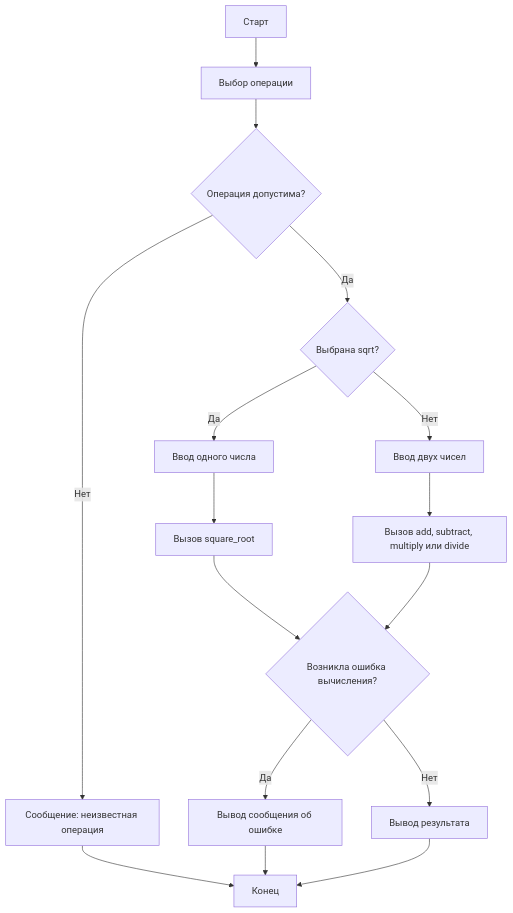
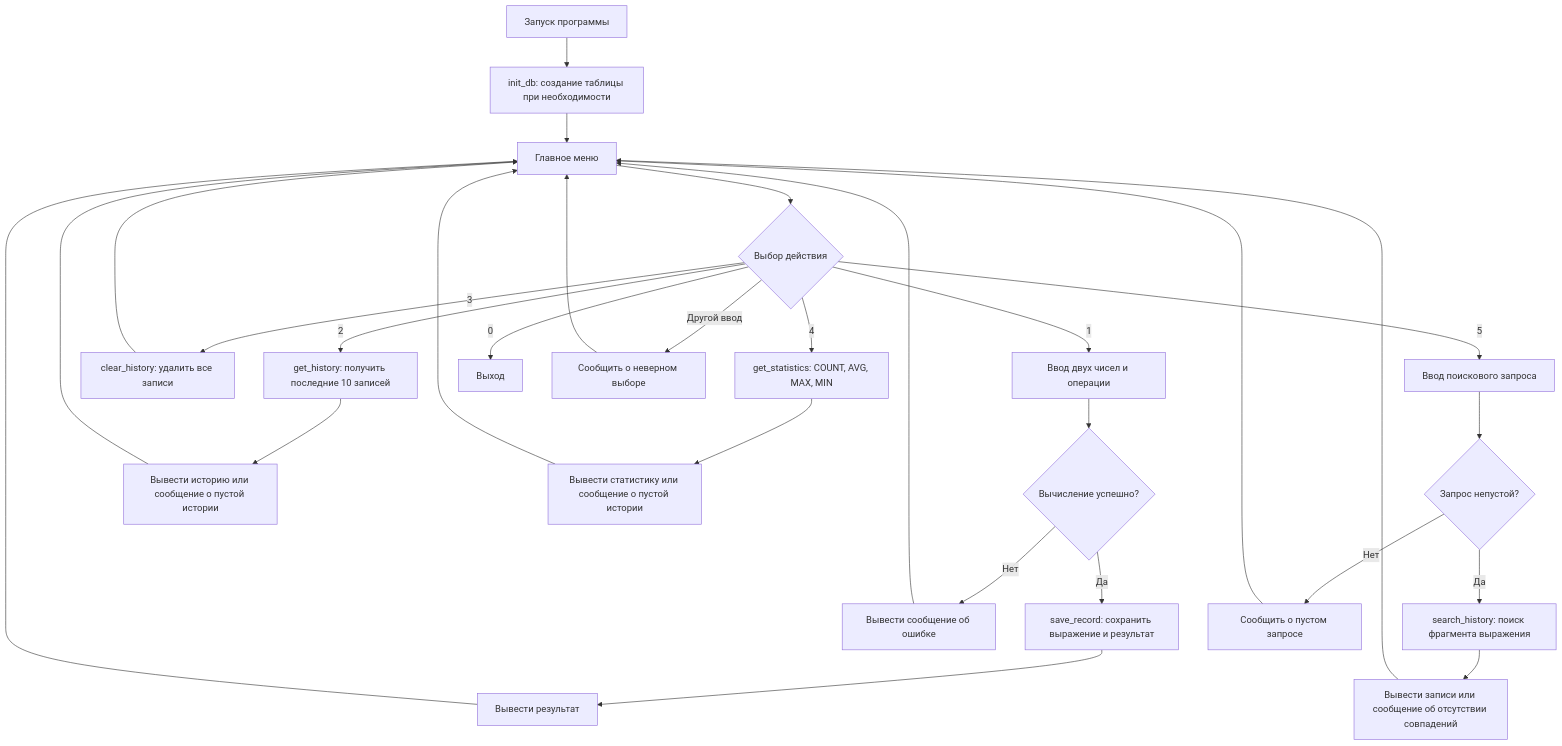
The diagram in README.md (Punchfromthefuture/calculator), drawn with Mermaid before and after one commit. The commit also changed other lines of this file and 2 other files, not shown here.

Commit message:
feat: добавь статистику вычислений и поиск по истории

````diff
--- a/README.md
+++ b/README.md
@@ -5,18 +96,39 @@
 ```mermaid
 graph TD
-    A["Старт"] --> B["Выбор операции"]
-    B --> C{"Операция допустима?"}
-    C -- Нет --> D["Сообщение: неизвестная операция"]
-    C -- Да --> E{"Выбрана sqrt?"}
-    E -- Да --> F["Ввод одного числа"]
-    F --> G["Вызов square_root"]
-    E -- Нет --> H["Ввод двух чисел"]
-    H --> I["Вызов add, subtract, multiply или divide"]
-    G --> J{"Возникла ошибка вычисления?"}
-    I --> J
-    J -- Да --> K["Вывод сообщения об ошибке"]
-    J -- Нет --> L["Вывод результата"]
-    D --> M["Конец"]
-    K --> M
-    L --> M
+    A["Запуск программы"] --> B["init_db: создание таблицы при необходимости"]
+    B --> C["Главное меню"]
+
+    C --> D{"Выбор действия"}
+
+    D -- "1" --> E["Ввод двух чисел и операции"]
+    E --> F{"Вычисление успешно?"}
+    F -- "Да" --> G["save_record: сохранить выражение и результат"]
+    G --> H["Вывести результат"]
+    F -- "Нет" --> I["Вывести сообщение об ошибке"]
+
+    D -- "2" --> J["get_history: получить последние 10 записей"]
+    J --> K["Вывести историю или сообщение о пустой истории"]
+
+    D -- "3" --> L["clear_history: удалить все записи"]
+
+    D -- "4" --> M["get_statistics: COUNT, AVG, MAX, MIN"]
+    M --> N["Вывести статистику или сообщение о пустой истории"]
+
+    D -- "5" --> O["Ввод поискового запроса"]
+    O --> P{"Запрос непустой?"}
+    P -- "Да" --> Q["search_history: поиск фрагмента выражения"]
+    Q --> R["Вывести записи или сообщение об отсутствии совпадений"]
+    P -- "Нет" --> S["Сообщить о пустом запросе"]
+
+    D -- "0" --> T["Выход"]
+    D -- "Другой ввод" --> U["Сообщить о неверном выборе"]
+
+    H --> C
+    I --> C
+    K --> C
+    L --> C
+    N --> C
+    R --> C
+    S --> C
+    U --> C
 ```
````
